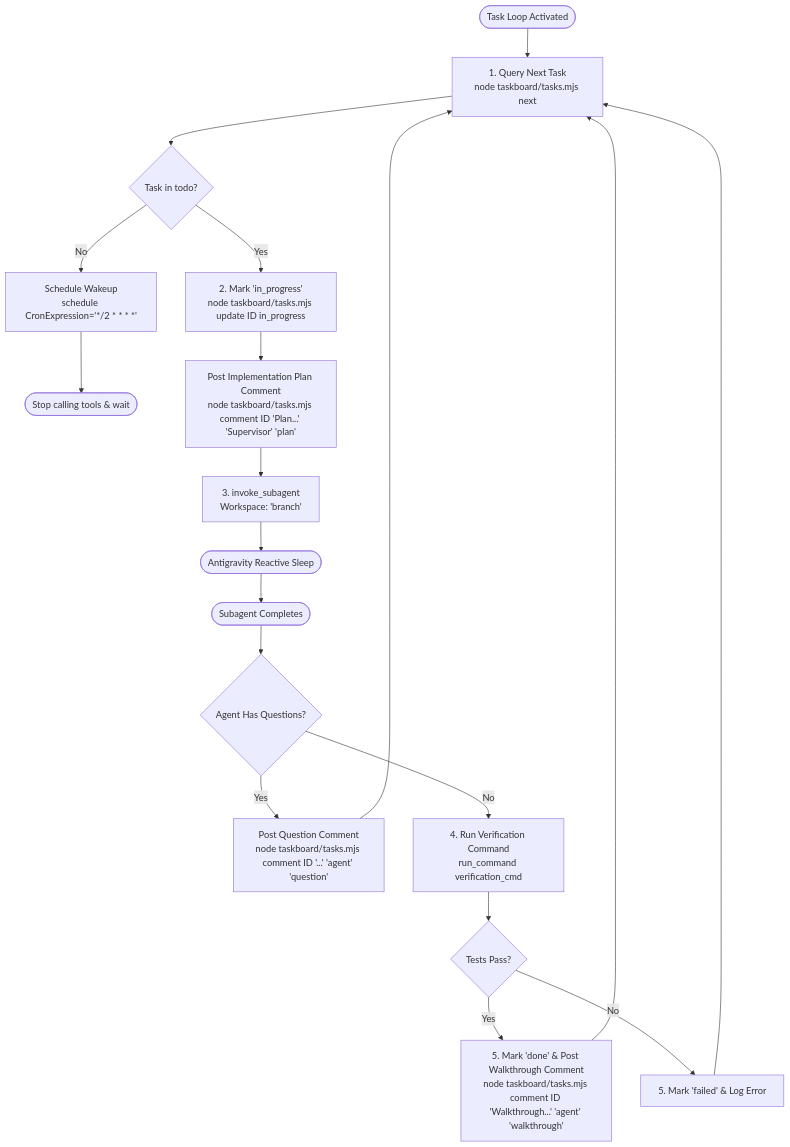
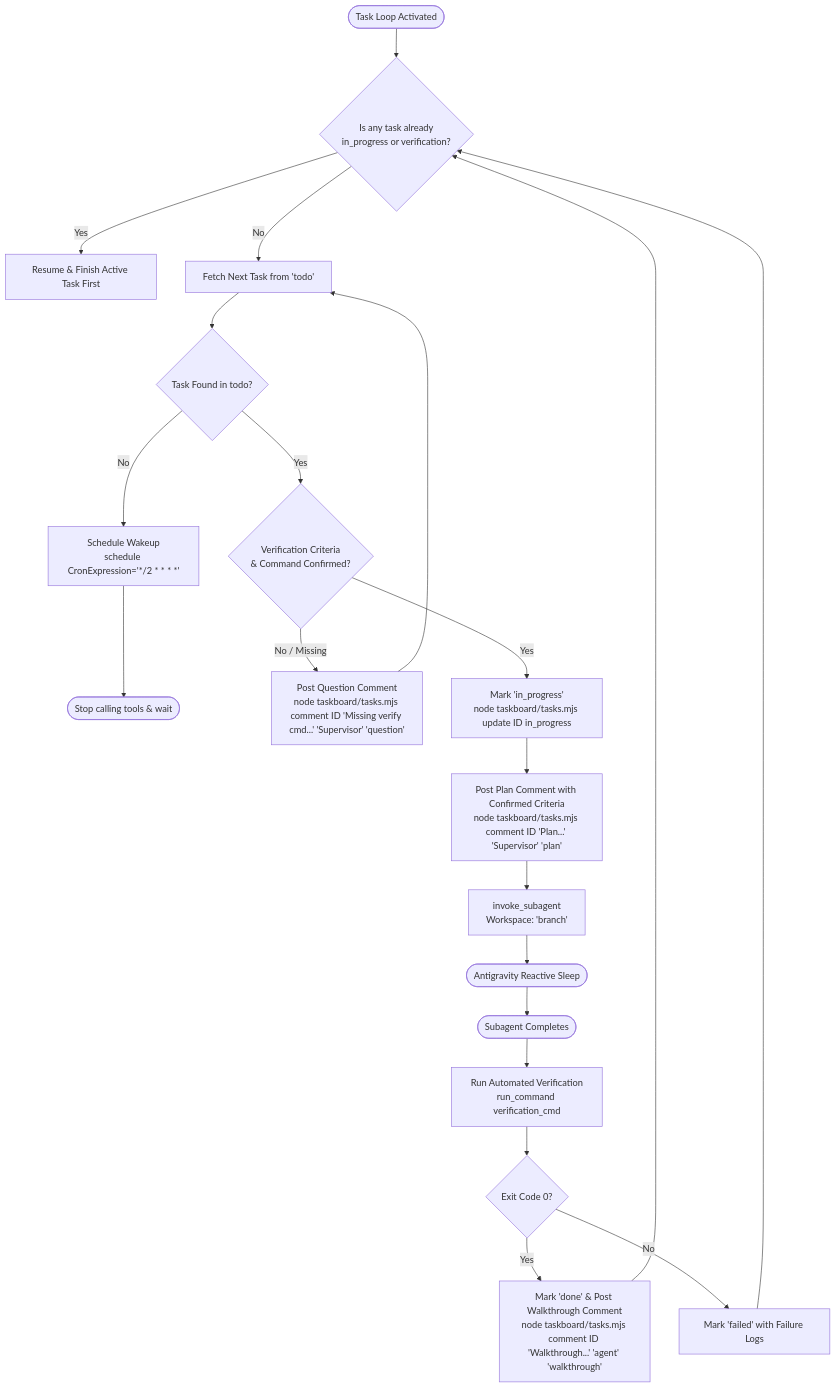
Before and after one commit to svylabs/antigravity-taskboard: the diagram in skills/task-loop/SKILL.md, drawn with Mermaid. The commit also changed other lines of this file and 2 other files, not shown here.

Commit message:
feat: enforce pre-execution verification gate and strict sequential single-task execution

````diff
--- a/skills/task-loop/SKILL.md
+++ b/skills/task-loop/SKILL.md
@@ -40,27 +25,31 @@
 ```mermaid
 flowchart TD
-    Start([Task Loop Activated]) --> Check[1. Query Next Task\nnode taskboard/tasks.mjs next]
-    Check --> Found{Task in todo?}
+    Start([Task Loop Activated]) --> CheckActive{Is any task already\nin_progress or verification?}
     
+    CheckActive -->|Yes| Resume[Resume & Finish Active Task First]
+    CheckActive -->|No| FetchNext[Fetch Next Task from 'todo']
+    
+    FetchNext --> Found{Task Found in todo?}
     Found -->|No| Schedule[Schedule Wakeup\nschedule CronExpression='*/2 * * * *']
     Schedule --> Yield([Stop calling tools & wait])
     
-    Found -->|Yes| Claim[2. Mark 'in_progress'\nnode taskboard/tasks.mjs update ID in_progress]
-    Claim --> Plan[Post Implementation Plan Comment\nnode taskboard/tasks.mjs comment ID 'Plan...' 'Supervisor' 'plan']
-    Plan --> Spawn[3. invoke_subagent\nWorkspace: 'branch']
+    Found -->|Yes| GateCheck{Verification Criteria\n& Command Confirmed?}
+    
+    GateCheck -->|No / Missing| PostQ[Post Question Comment\nnode taskboard/tasks.mjs comment ID 'Missing verify cmd...' 'Supervisor' 'question']
+    PostQ --> FetchNext
+    
+    GateCheck -->|Yes| Claim[Mark 'in_progress'\nnode taskboard/tasks.mjs update ID in_progress]
+    Claim --> Plan[Post Plan Comment with Confirmed Criteria\nnode taskboard/tasks.mjs comment ID 'Plan...' 'Supervisor' 'plan']
+    Plan --> Spawn[invoke_subagent\nWorkspace: 'branch']
     Spawn --> Sleep([Antigravity Reactive Sleep])
     
     Sleep --> Wakeup([Subagent Completes])
-    Wakeup --> HasQuestions{Agent Has Questions?}
-    HasQuestions -->|Yes| PostQ[Post Question Comment\nnode taskboard/tasks.mjs comment ID '...' 'agent' 'question']
-    PostQ --> Check
+    Wakeup --> Verify[Run Automated Verification\nrun_command verification_cmd]
     
-    HasQuestions -->|No| Verify[4. Run Verification Command\nrun_command verification_cmd]
+    Verify --> TestPass{Exit Code 0?}
+    TestPass -->|Yes| MarkDone[Mark 'done' & Post Walkthrough Comment\nnode taskboard/tasks.mjs comment ID 'Walkthrough...' 'agent' 'walkthrough']
+    TestPass -->|No| MarkFail[Mark 'failed' with Failure Logs]
     
-    Verify --> TestPass{Tests Pass?}
-    TestPass -->|Yes| MarkDone[5. Mark 'done' & Post Walkthrough Comment\nnode taskboard/tasks.mjs comment ID 'Walkthrough...' 'agent' 'walkthrough']
-    TestPass -->|No| MarkFail[5. Mark 'failed' & Log Error]
-    
-    MarkDone --> Check
-    MarkFail --> Check
+    MarkDone --> CheckActive
+    MarkFail --> CheckActive
 ```
````
